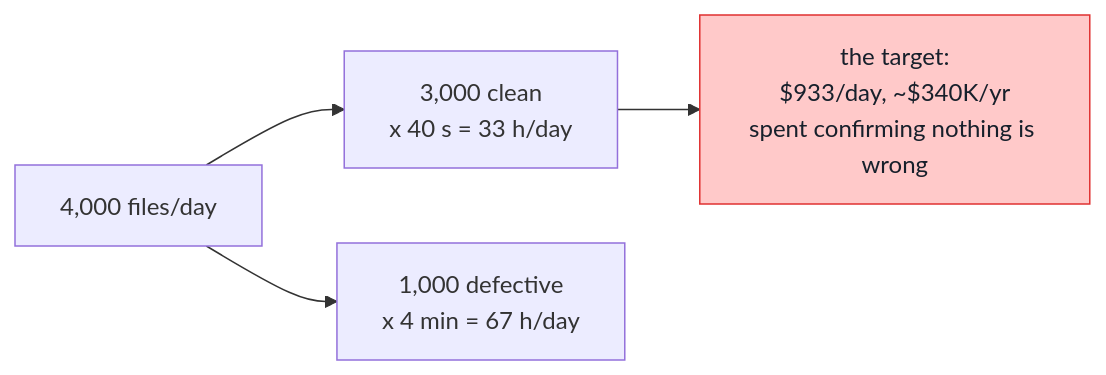
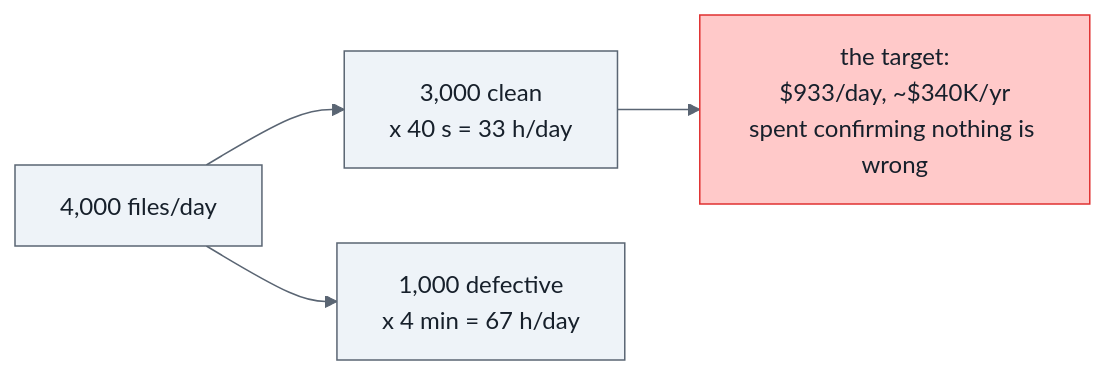
One commit to ashvolt/agents changed the first of 14 diagrams in capstone/docs/learn.md. Above: the diagram before and after it, drawn with Mermaid. The commit also changed other lines of this file, not shown here.

First line of the commit message:
docs(learn): cover the project to 2026-09-26; diagrams readable in any theme

````diff
--- a/capstone/docs/learn.md
+++ b/capstone/docs/learn.md
@@ -123,8 +142,9 @@
 ```mermaid
-%%{init: {"theme": "default"}}%%
+%%{init: {"theme":"base","themeVariables":{"background":"#ffffff","fontFamily":"Arial, Helvetica, sans-serif","primaryColor":"#eef3f8","primaryTextColor":"#17202b","primaryBorderColor":"#5a6573","secondaryColor":"#f5f7fa","secondaryTextColor":"#17202b","tertiaryColor":"#ffffff","tertiaryTextColor":"#17202b","lineColor":"#5a6573","textColor":"#17202b","titleColor":"#17202b","nodeTextColor":"#17202b","edgeLabelBackground":"#ffffff","clusterBkg":"#f7f9fb","clusterBorder":"#9aa5b1","cScale0":"#dbeafe","cScaleLabel0":"#17202b","cScalePeer0":"#5a6573","cScale1":"#dcfce7","cScaleLabel1":"#17202b","cScalePeer1":"#5a6573","cScale2":"#fef3c7","cScaleLabel2":"#17202b","cScalePeer2":"#5a6573","cScale3":"#fce7f3","cScaleLabel3":"#17202b","cScalePeer3":"#5a6573","cScale4":"#e0e7ff","cScaleLabel4":"#17202b","cScalePeer4":"#5a6573","cScale5":"#ccfbf1","cScaleLabel5":"#17202b","cScalePeer5":"#5a6573","cScale6":"#ffedd5","cScaleLabel6":"#17202b","cScalePeer6":"#5a6573","cScale7":"#f1f5f9","cScaleLabel7":"#17202b","cScalePeer7":"#5a6573"}}}%%
 flowchart LR
+    classDef default fill:#eef3f8,stroke:#5a6573,color:#17202b
     A["4,000 files/day"] --> C["3,000 clean<br/>x 40 s = 33 h/day"]
     A --> D["1,000 defective<br/>x 4 min = 67 h/day"]
     C --> T["the target:<br/>$933/day, ~$340K/yr<br/>spent confirming nothing is wrong"]
-    style T fill:#ffc9c9,stroke:#e03131,color:#17202B
+    style T fill:#ffc9c9,stroke:#e03131,color:#17202b
 ```
````
